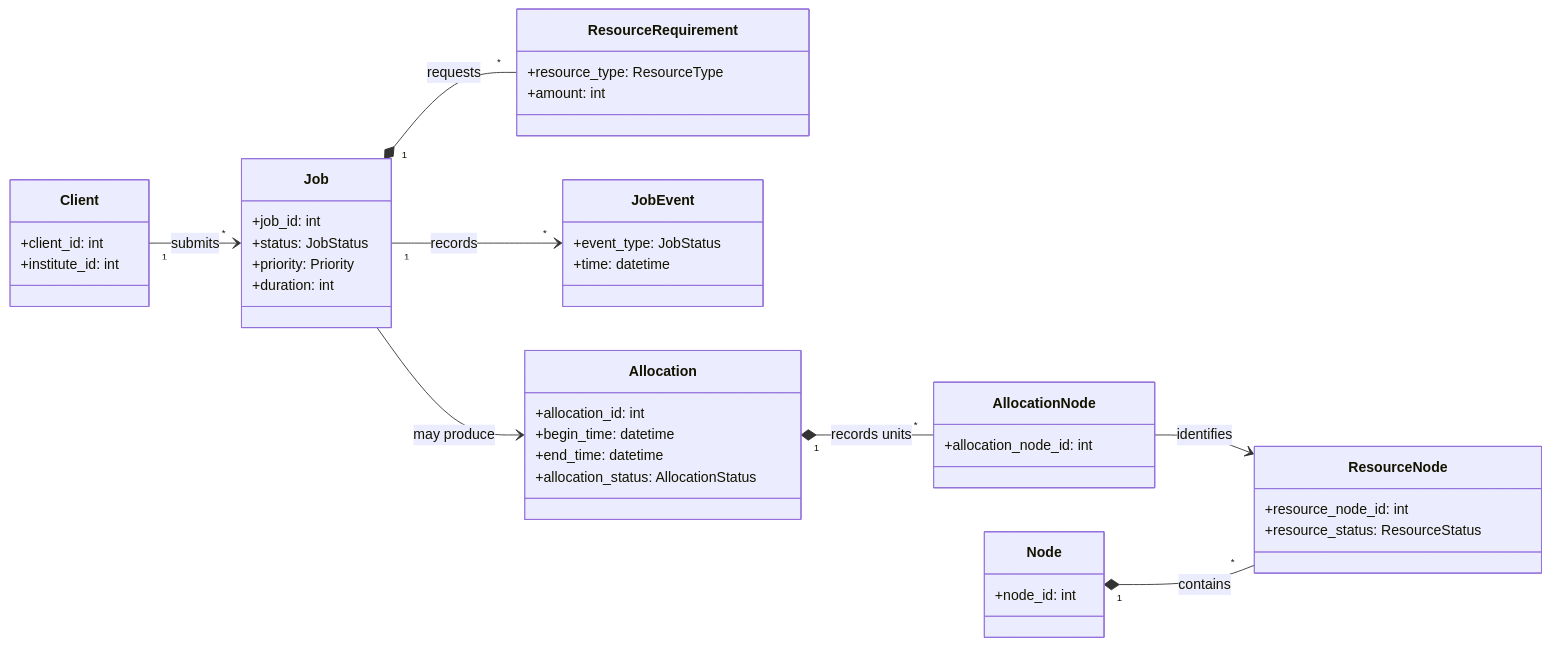
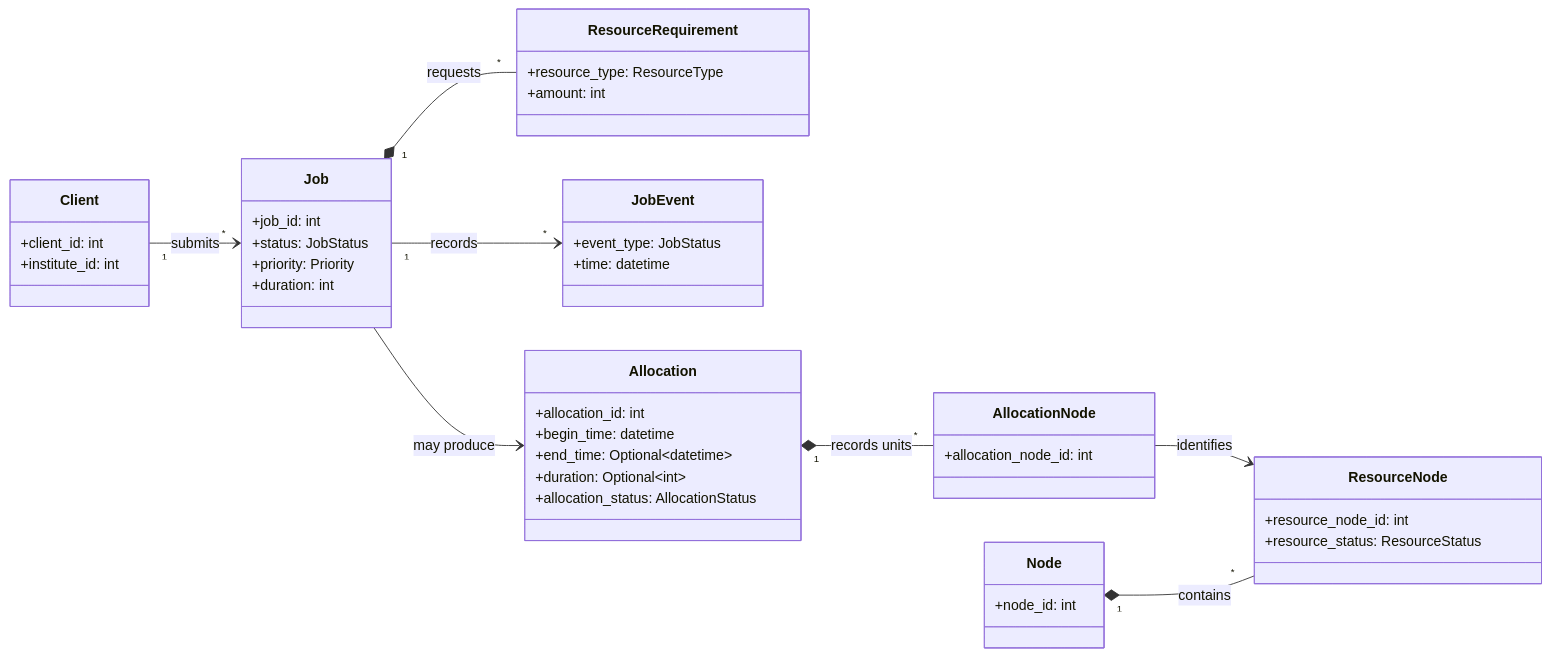
Before and after one commit to labo-man002/job-scheduler: the third of 3 diagrams in docs/architecture.md, drawn with Mermaid. The commit also changed other lines of this file, not shown here.

Commit message:
docs: clarify topology view, relationships and historical ERD

````diff
--- a/docs/architecture.md
+++ b/docs/architecture.md
@@ -173,45 +176,46 @@
 ```mermaid
 classDiagram
     direction LR
     class Client {
         +client_id: int
         +institute_id: int
     }
     class Job {
         +job_id: int
         +status: JobStatus
         +priority: Priority
         +duration: int
     }
     class ResourceRequirement {
         +resource_type: ResourceType
         +amount: int
     }
     class JobEvent {
         +event_type: JobStatus
         +time: datetime
     }
     class Allocation {
         +allocation_id: int
         +begin_time: datetime
-        +end_time: datetime
+        +end_time: Optional~datetime~
+        +duration: Optional~int~
         +allocation_status: AllocationStatus
     }
     class AllocationNode {
         +allocation_node_id: int
     }
     class ResourceNode {
         +resource_node_id: int
         +resource_status: ResourceStatus
     }
     class Node {
         +node_id: int
     }
     Client "1" --> "*" Job : submits
     Job "1" *-- "*" ResourceRequirement : requests
     Job "1" --> "*" JobEvent : records
     Job --> Allocation : may produce
     Allocation "1" *-- "*" AllocationNode : records units
     AllocationNode --> ResourceNode : identifies
     Node "1" *-- "*" ResourceNode : contains
 ```
````
